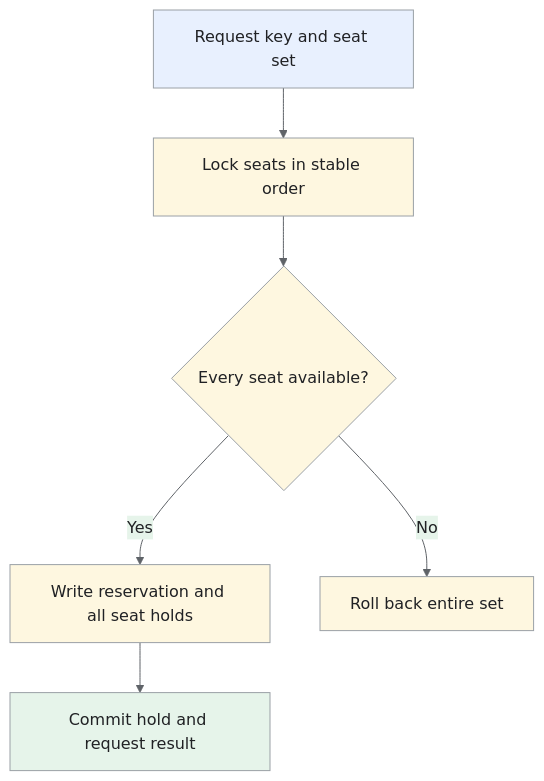
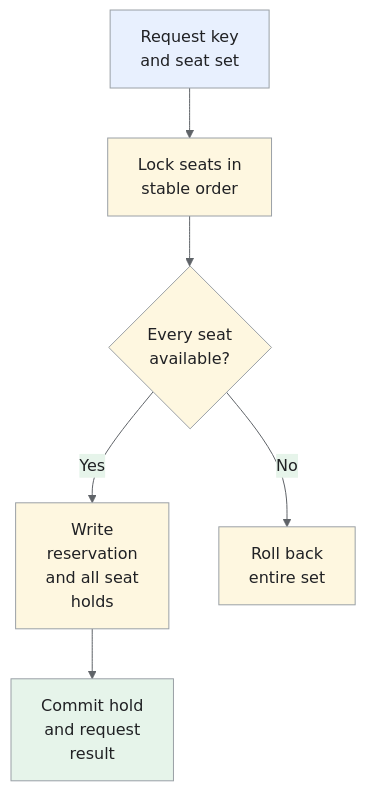
Before and after one commit to iliazlobin/iliazlobin.github.io: the fourth of 5 diagrams in _designs/system-design-ticketmaster.md, drawn with Mermaid. The commit also changed other lines of this file and 116 other files, not shown here.

````diff
--- a/_designs/system-design-ticketmaster.md
+++ b/_designs/system-design-ticketmaster.md
@@ -313,16 +344,16 @@
 ```mermaid
-%%{init: {'theme':'base','themeVariables':{'primaryColor':'#e8f0fe','primaryTextColor':'#202124','primaryBorderColor':'#9aa0a6','lineColor':'#5f6368','secondaryColor':'#e6f4ea','tertiaryColor':'#fef7e0','actorBkg':'#e8f0fe','actorBorder':'#9aa0a6','actorTextColor':'#202124','noteBkgColor':'#fef7e0','noteTextColor':'#202124','noteBorderColor':'#9aa0a6','signalColor':'#5f6368','signalTextColor':'#202124','labelBoxBkgColor':'#fef7e0','labelBoxBorderColor':'#9aa0a6'}}}%%
+%%{init: {"theme":"base","themeVariables":{"primaryColor":"#e8f0fe","primaryBorderColor":"#9aa0a6","primaryTextColor":"#202124","secondaryColor":"#e6f4ea","tertiaryColor":"#fef7e0","lineColor":"#5f6368","actorBkg":"#e8f0fe","actorBorder":"#9aa0a6","actorTextColor":"#202124","noteBkgColor":"#fef7e0","noteBorderColor":"#9aa0a6","noteTextColor":"#202124","signalColor":"#5f6368","signalTextColor":"#202124"}}}%%
 flowchart TB
-  R["Request key and seat set"] --> L["Lock seats in stable order"]
-  L --> C{"Every seat available?"}
-  C -->|"Yes"| H["Write reservation and all seat holds"]
-  H --> O["Commit hold and request result"]
-  C -->|"No"| F["Roll back entire set"]
+  R["Request key<br>and seat set"] --> L["Lock seats in<br>stable order"]
+  L --> C{"Every seat<br>available?"}
+  C -->|"Yes"| H["Write<br>reservation<br>and all seat<br>holds"]
+  H --> O["Commit hold<br>and request<br>result"]
+  C -->|"No"| F["Roll back<br>entire set"]
 classDef request fill:#e8f0fe,stroke:#9aa0a6,color:#202124;
 classDef data fill:#e6f4ea,stroke:#9aa0a6,color:#202124;
 classDef control fill:#fef7e0,stroke:#9aa0a6,color:#202124;
 class R request;
 class O data;
 class L,C,H,F control;
 
 ```
````
